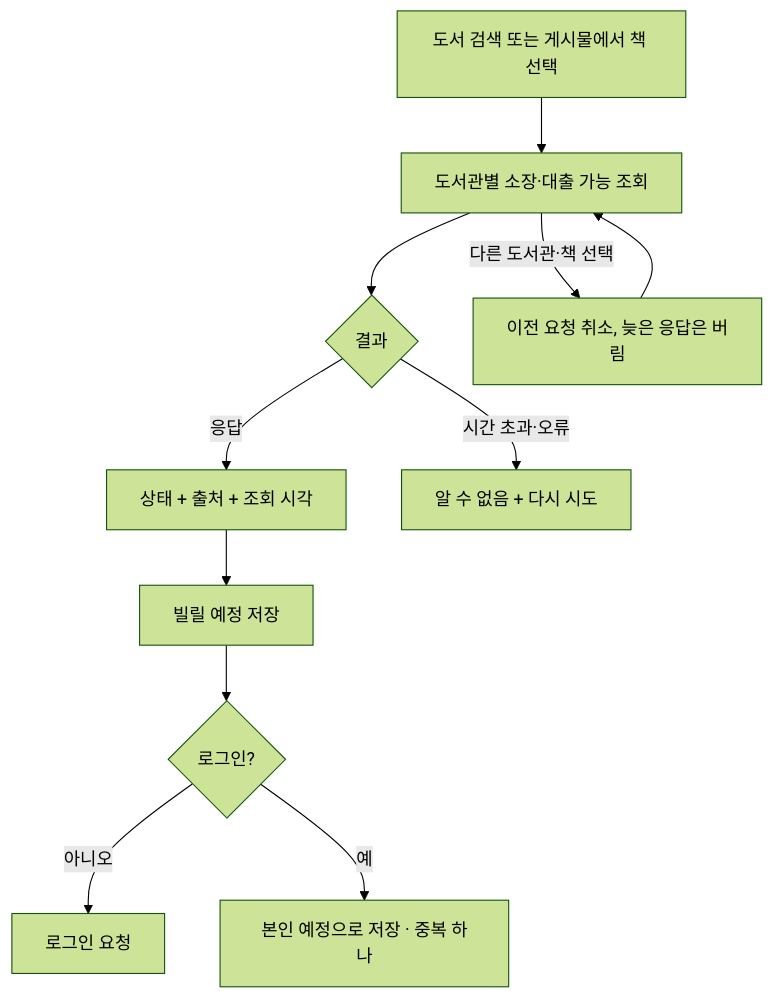
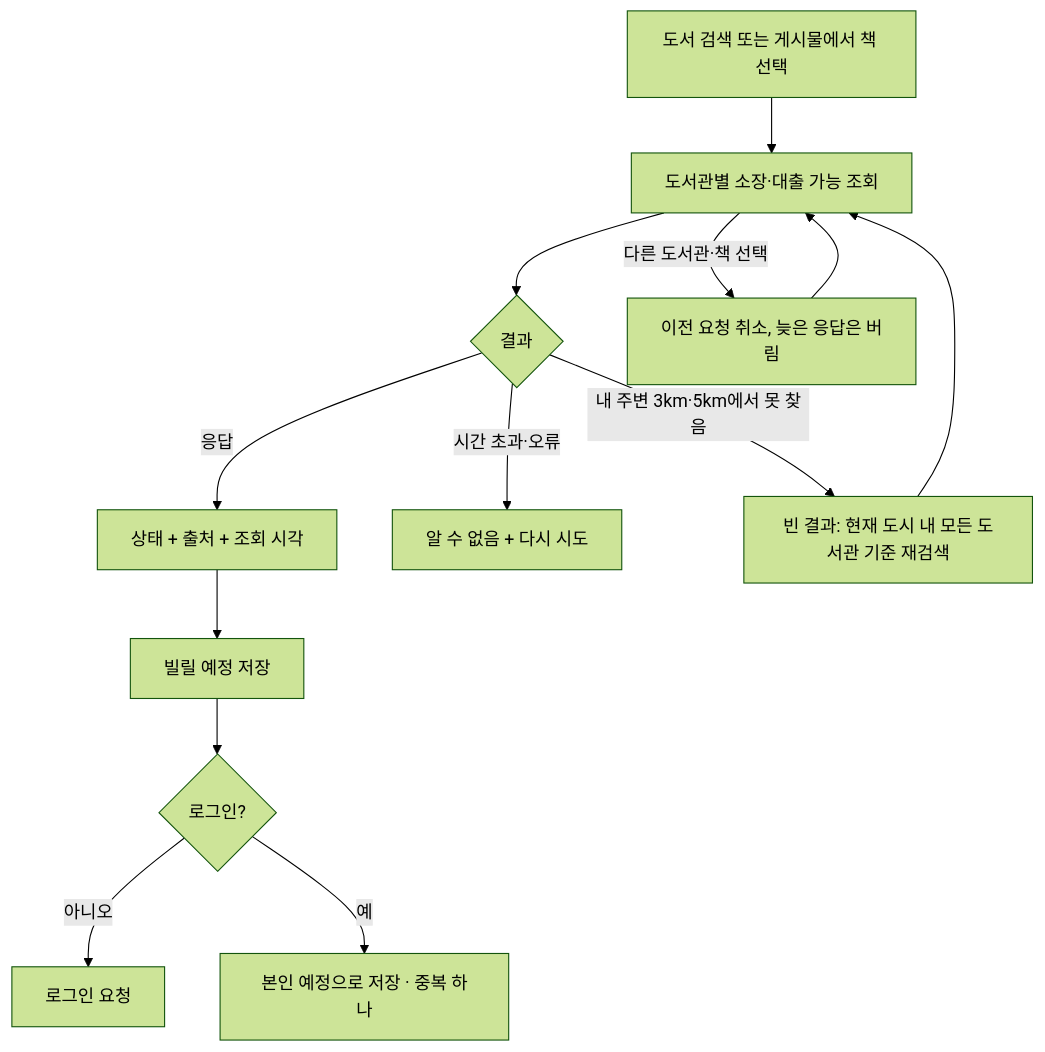
The third of 7 diagrams in 개발산출물/유저_플로우.md (axteamc/localone), drawn with Mermaid (forest theme) before and after one commit. The commit also changed 6 other files, not shown here.

Commit message:
docs: 내 주변 반경 3km·5km, 도시 전체 재검색(LIB-07), 룩 고정·새 도서관 배정 규칙 확정

````diff
--- a/개발산출물/유저_플로우.md
+++ b/개발산출물/유저_플로우.md
@@ -51,13 +51,15 @@
 ```mermaid
 flowchart TD
   B[도서 검색 또는 게시물에서 책 선택] --> Q[도서관별 소장·대출 가능 조회]
   Q --> O{결과}
   O -- 응답 --> V[상태 + 출처 + 조회 시각]
   O -- 시간 초과·오류 --> U[알 수 없음 + 다시 시도]
+  O -- 내 주변 3km·5km에서 못 찾음 --> E[빈 결과: 현재 도시 내 모든 도서관 기준 재검색]
+  E --> Q
   Q -- 다른 도서관·책 선택 --> X[이전 요청 취소, 늦은 응답은 버림]
   X --> Q
   V --> W[빌릴 예정 저장]
   W --> M{로그인?}
   M -- 아니오 --> I[로그인 요청]
   M -- 예 --> Y[본인 예정으로 저장 · 중복 하나]
 ```
````
